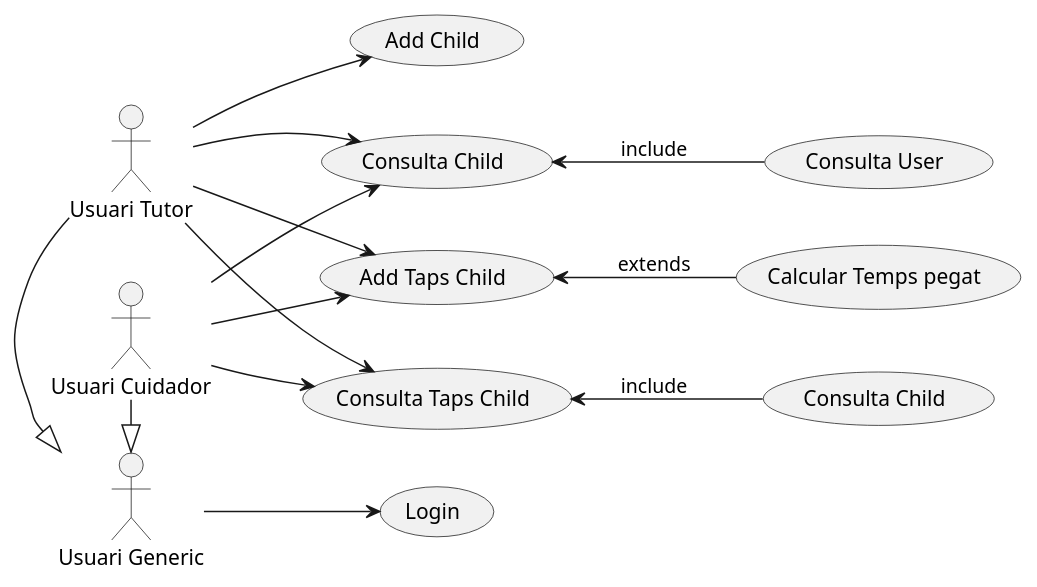
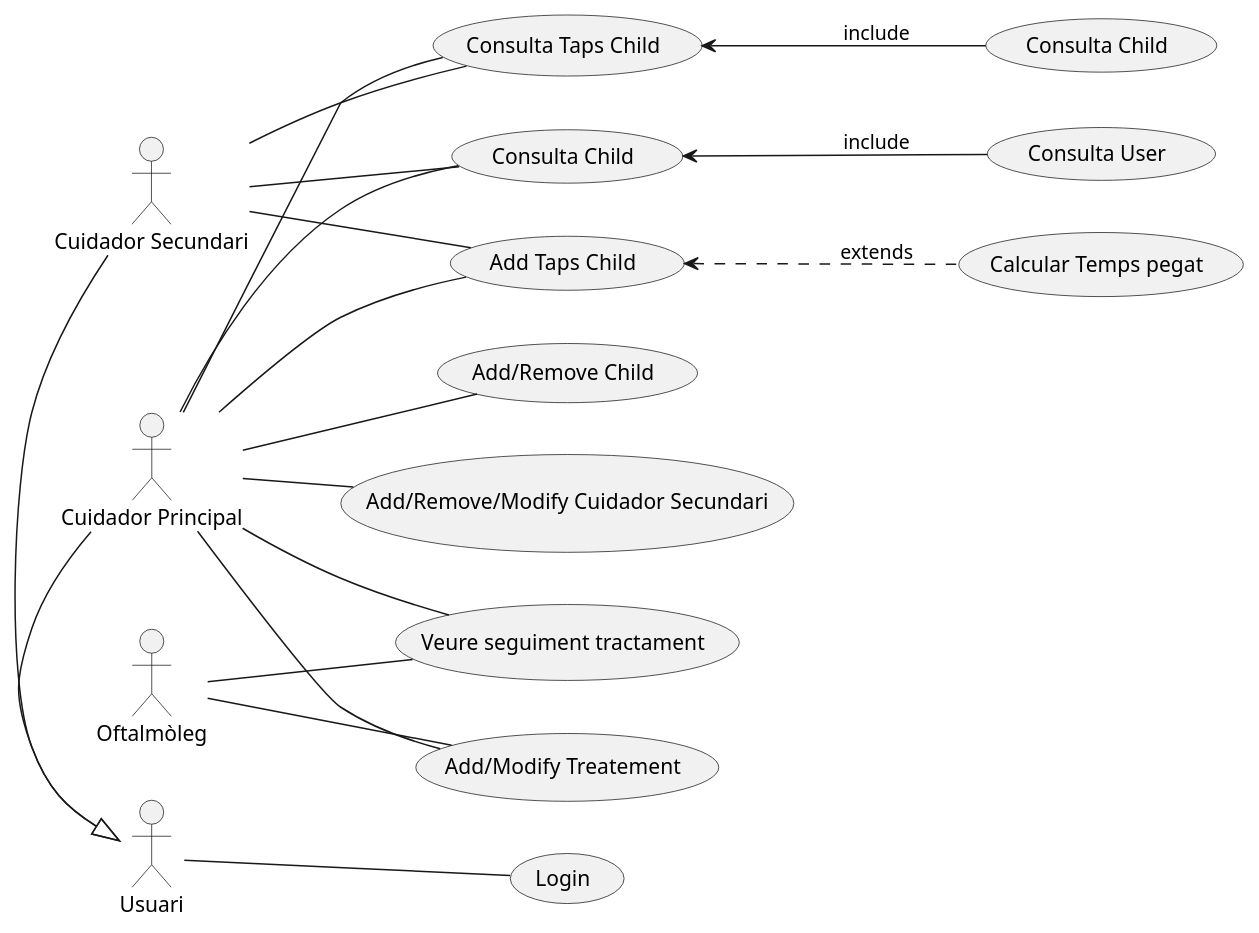
Before and after one commit to dnwits/TapatApp: the diagram in prototip3/documentacio/dgrm_user.pu, drawn with PlantUML.

Commit message:
Refactor dgrm_user.pu

```diff
--- a/prototip3/documentacio/dgrm_user.pu
+++ b/prototip3/documentacio/dgrm_user.pu
@@ -1,31 +1,40 @@
 @startuml
 left to right direction
 
-actor "Usuari Generic" as generic_user
-actor "Usuari Tutor" as tutor_user
-actor "Usuari Cuidador" as cuidador_user
+actor "Usuari" as generic_user
+actor "Cuidador Principal" as tutor_user
+actor "Cuidador Secundari" as cuidador_user
+actor "Oftalmòleg" as user_oftalmoleg
 tutor_user -|> generic_user
 cuidador_user -|> generic_user
 
 usecase "Login" as UC1
 usecase "Consulta Child" as UC2
-usecase "Add Child" as UC3
+usecase "Add/Remove Child" as UC3
 usecase "Add Taps Child" as UC4
 usecase "Consulta Taps Child" as UC5
+usecase "Add/Remove/Modify Cuidador Secundari" as UC9
+usecase "Add/Modify Treatement" as UC10
+usecase "Veure seguiment tractament" as UC11
 (Consulta User) as UC6
 (Calcular Temps pegat) as UC7
 (Consulta Child) as UC8
 
 
-generic_user --> UC1
-tutor_user --> UC2
-tutor_user --> UC3
-tutor_user --> UC4
-tutor_user --> UC5
-cuidador_user --> UC2
-cuidador_user --> UC4
-cuidador_user --> UC5
+generic_user -- UC1
+tutor_user -- UC2
+tutor_user -- UC3
+tutor_user -- UC4
+tutor_user -- UC5
+tutor_user -- UC9
+tutor_user -- UC10
+tutor_user -- UC11
+cuidador_user -- UC2
+cuidador_user -- UC4
+cuidador_user -- UC5
+user_oftalmoleg -- UC10
+user_oftalmoleg -- UC11
 UC2 <-- UC6 : include
-UC4 <-- UC7 : extends
+UC4 <.. UC7 : extends
 UC5 <-- UC8 : include
 @enduml
```
